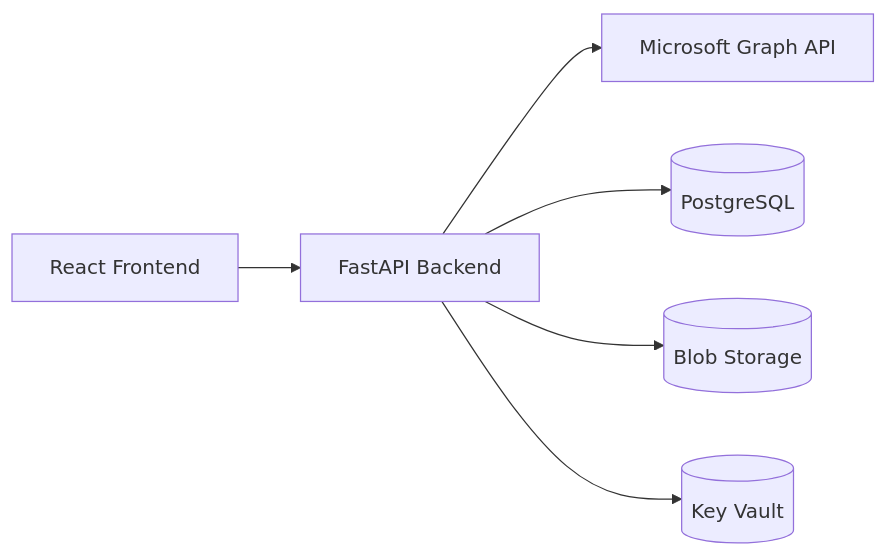
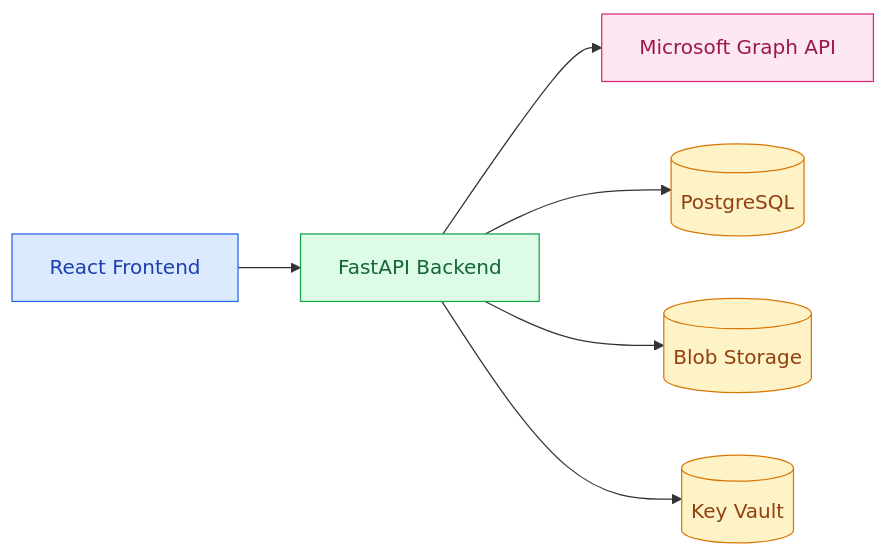
One commit to gpatwa/m365-vault changed the first of 4 diagrams in docs/ARCHITECTURE.md. Above: the diagram before and after it, drawn with Mermaid. The commit also changed other lines of this file and 3 other files, not shown here.

First line of the commit message:
fix: colored Mermaid diagrams + remove all ASCII art duplicates

````diff
--- a/docs/ARCHITECTURE.md
+++ b/docs/ARCHITECTURE.md
@@ -12,8 +12,12 @@
 ```mermaid
 graph LR
-    A[React Frontend] --> B[FastAPI Backend]
-    B --> C[Microsoft Graph API]
-    B --> D[(PostgreSQL)]
-    B --> E[(Blob Storage)]
-    B --> F[(Key Vault)]
+    A[React Frontend]:::frontend --> B[FastAPI Backend]:::backend
+    B --> C[Microsoft Graph API]:::external
+    B --> D[(PostgreSQL)]:::storage
+    B --> E[(Blob Storage)]:::storage
+    B --> F[(Key Vault)]:::storage
+    classDef frontend fill:#dbeafe,stroke:#2563eb,color:#1e40af
+    classDef backend fill:#dcfce7,stroke:#16a34a,color:#166534
+    classDef storage fill:#fef3c7,stroke:#d97706,color:#92400e
+    classDef external fill:#fce7f3,stroke:#db2777,color:#9d174d
 ```
````
